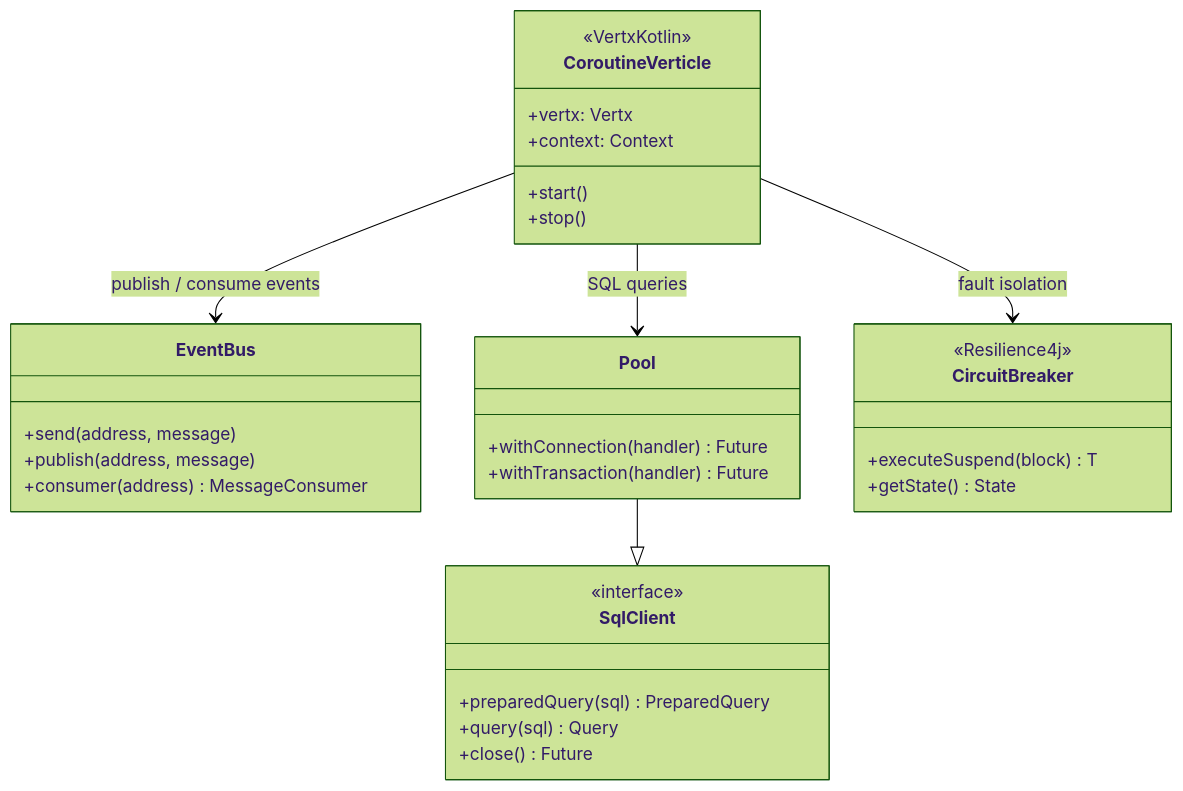
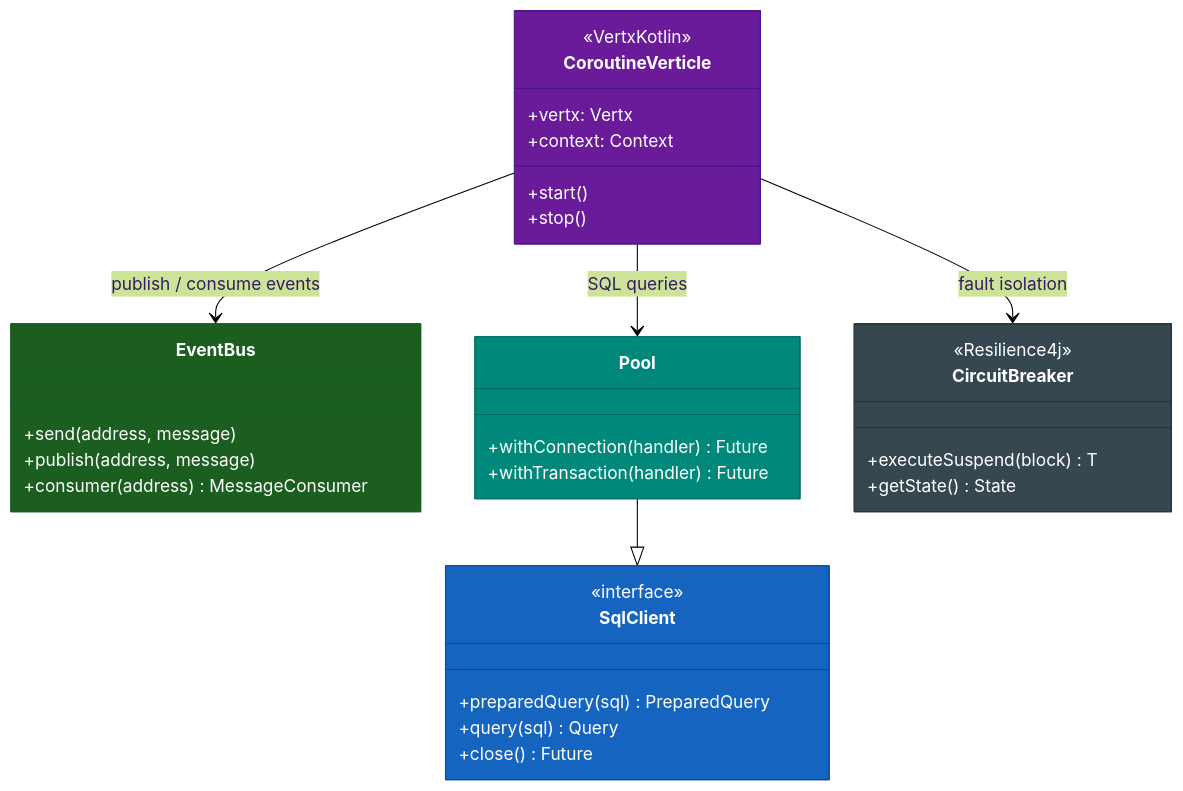
The fourth of 4 diagrams in io/vertx/README.md (bluetape4k/bluetape4k-projects), drawn with Mermaid (forest theme) before and after one commit. The commit also changed other lines of this file and 221 other files, not shown here.

First line of the commit message:
docs: 전체 모듈 README UML 다이어그램 보강 및 색상 업그레이드

````diff
--- a/io/vertx/README.md
+++ b/io/vertx/README.md
@@ -154,40 +180,45 @@
 ```mermaid
 classDiagram
     class CoroutineVerticle {
         <<VertxKotlin>>
         +vertx: Vertx
         +context: Context
         +start()
         +stop()
     }
 
     class EventBus {
         +send(address, message)
         +publish(address, message)
         +consumer(address) MessageConsumer
     }
 
     class SqlClient {
         <<interface>>
         +preparedQuery(sql) PreparedQuery
         +query(sql) Query
         +close() Future
     }
 
     class Pool {
         +withConnection(handler) Future
         +withTransaction(handler) Future
     }
 
     class CircuitBreaker {
         <<Resilience4j>>
         +executeSuspend(block) T
         +getState() State
     }
 
     CoroutineVerticle --> EventBus : publish / consume events
     CoroutineVerticle --> Pool : SQL queries
     Pool --|> SqlClient
     CoroutineVerticle --> CircuitBreaker : fault isolation
 
+    style CoroutineVerticle fill:#6A1B9A,stroke:#4A148C,color:#FFFFFF
+    style EventBus fill:#1B5E20,stroke:#1B5E20,color:#FFFFFF
+    style SqlClient fill:#1565C0,stroke:#0D47A1,color:#FFFFFF
+    style Pool fill:#00897B,stroke:#00695C,color:#FFFFFF
+    style CircuitBreaker fill:#37474F,stroke:#263238,color:#FFFFFF
 ```
````
